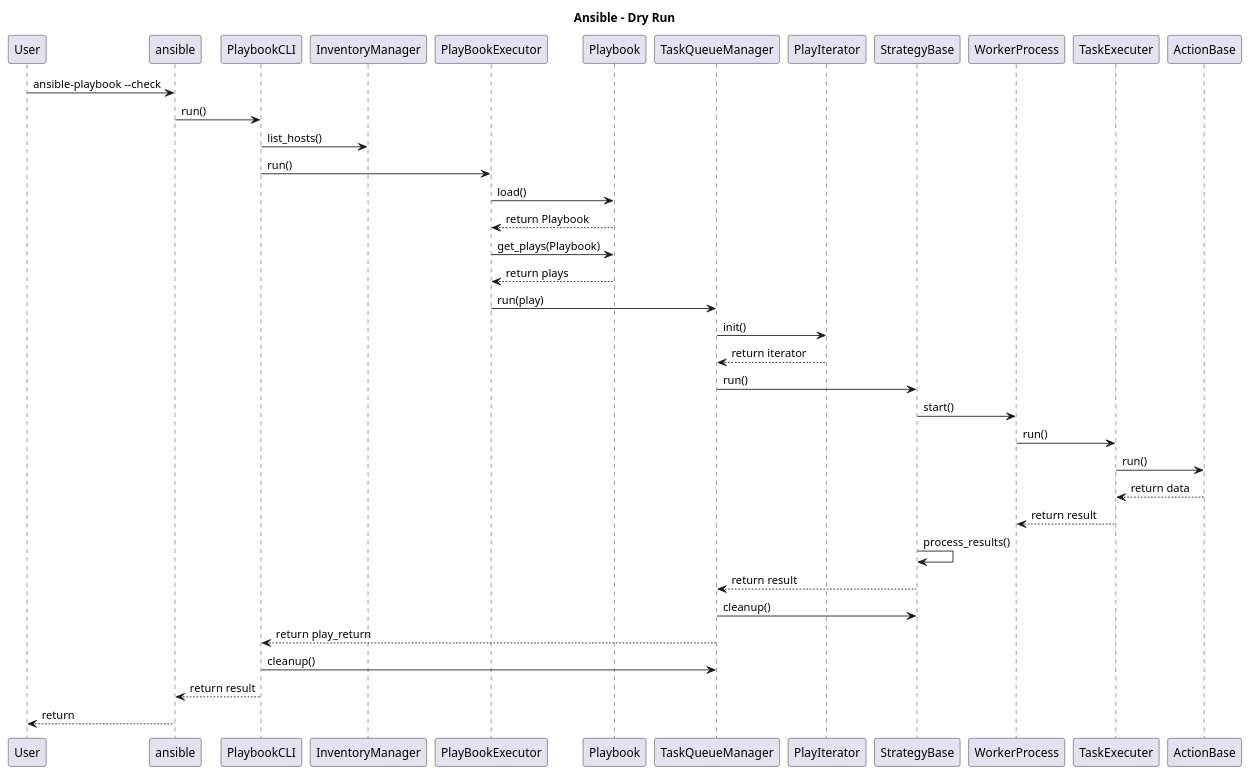
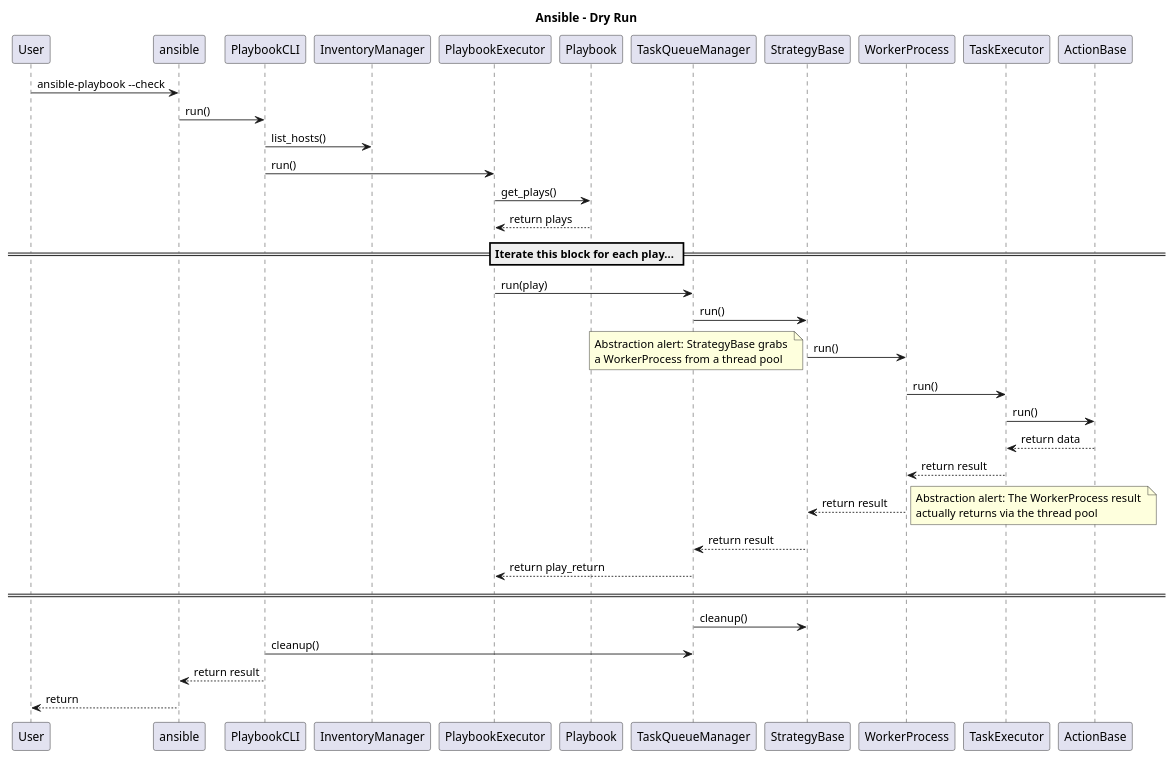
The diagram in project/uml/SequenceDiagram/DryRun.puml (ezequiels/nazz), drawn with PlantUML before and after one commit.

Commit message:
Additional diagrams

```diff
--- a/project/uml/SequenceDiagram/DryRun.puml
+++ b/project/uml/SequenceDiagram/DryRun.puml
@@ -1,28 +1,28 @@
 @startuml
 title Ansible - Dry Run
 User->ansible:ansible-playbook --check
 ansible->PlaybookCLI: run()
 PlaybookCLI->InventoryManager: list_hosts()
-PlaybookCLI->PlayBookExecutor:run()
-PlayBookExecutor->Playbook:load()
-Playbook-->PlayBookExecutor: return Playbook
-PlayBookExecutor->Playbook:get_plays(Playbook)
-Playbook-->PlayBookExecutor: return plays
-PlayBookExecutor->TaskQueueManager:run(play)
-TaskQueueManager->PlayIterator: init()
-PlayIterator-->TaskQueueManager: return iterator
+PlaybookCLI->PlaybookExecutor:run()
+PlaybookExecutor->Playbook:get_plays()
+Playbook-->PlaybookExecutor: return plays
+== Iterate this block for each play... ==
+PlaybookExecutor->TaskQueueManager:run(play)
 TaskQueueManager->StrategyBase: run()
-StrategyBase->WorkerProcess: start()
-WorkerProcess->TaskExecuter: run()
-TaskExecuter->ActionBase: run()
-ActionBase-->TaskExecuter: return data
-TaskExecuter-->WorkerProcess: return result
-StrategyBase->StrategyBase:process_results()
+StrategyBase->WorkerProcess: run()
+note left: Abstraction alert: StrategyBase grabs \na WorkerProcess from a thread pool
+WorkerProcess->TaskExecutor: run()
+TaskExecutor->ActionBase: run()
+ActionBase-->TaskExecutor: return data
+TaskExecutor-->WorkerProcess: return result
+WorkerProcess-->StrategyBase: return result
+note right: Abstraction alert: The WorkerProcess result \nactually returns via the thread pool
 StrategyBase-->TaskQueueManager: return result
+TaskQueueManager-->PlaybookExecutor: return play_return
+== ==
 TaskQueueManager-> StrategyBase: cleanup()
-TaskQueueManager-->PlaybookCLI: return play_return
 PlaybookCLI->TaskQueueManager: cleanup()
 PlaybookCLI-->ansible: return result
 ansible-->User: return
 
 @enduml
```
